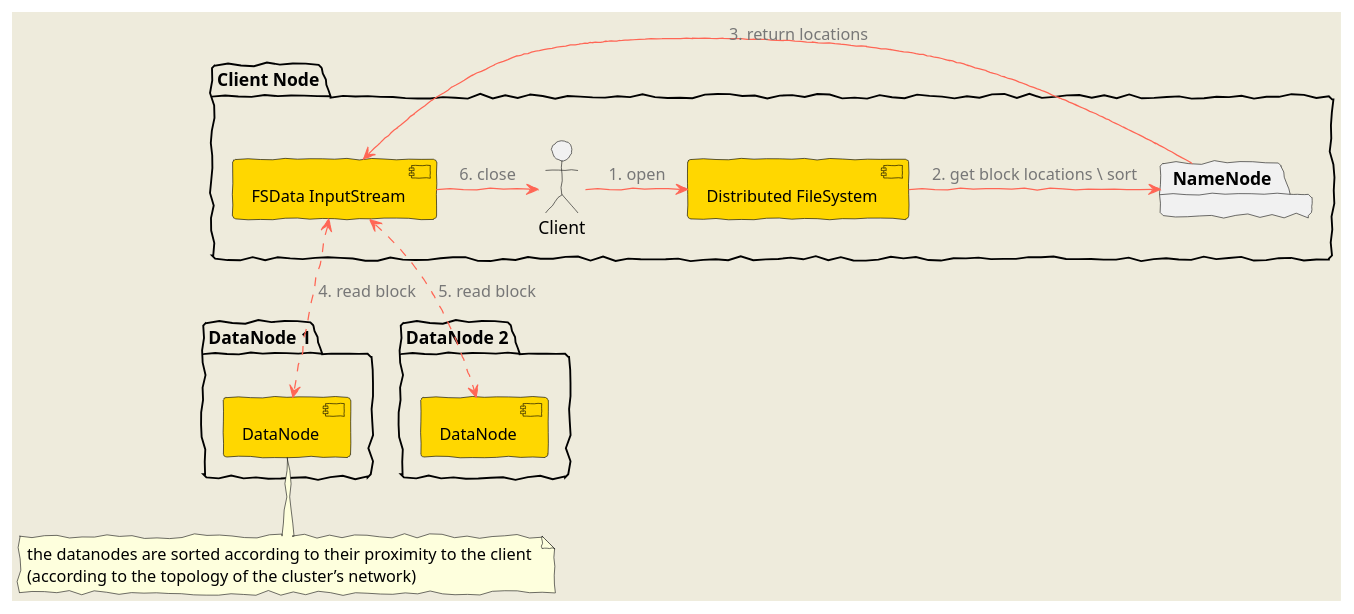
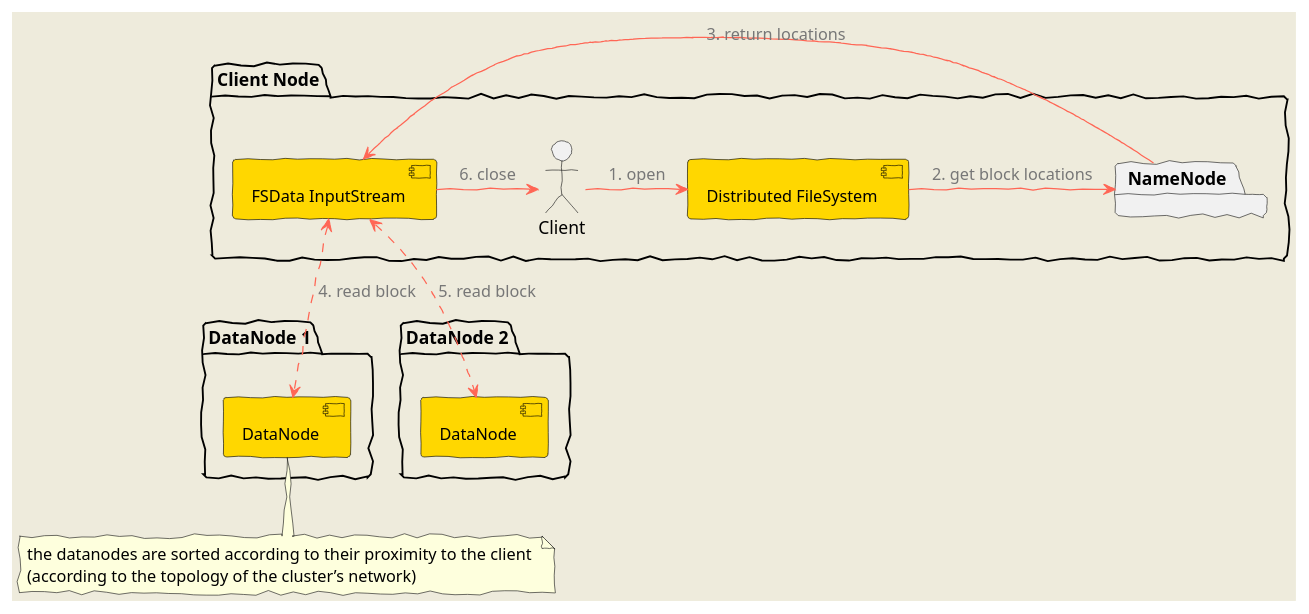
The first of 2 diagrams in org/technic-stack/hadoop/hdfs/knowledge-of-hdfs.org (coldvmoon/coldvmoon.github.io), drawn with PlantUML before and after one commit. The commit also changed other lines of this file and 2 other files, not shown here.

```diff
--- a/org/technic-stack/hadoop/hdfs/knowledge-of-hdfs.org
+++ b/org/technic-stack/hadoop/hdfs/knowledge-of-hdfs.org
@@ -2,42 +3,42 @@
-#+BEGIN_SRC plantuml :file hdfs-workflow-sequenceuml.png  :cmdline -charset UTF-8
+#+BEGIN_SRC plantuml :file hdfs-workflow-file-read.png  :cmdline -charset UTF-8
 skinparam backgroundColor #EEEBDC
 skinparam handwritten true
 skinparam interface {
   backgroundColor RosyBrown
   borderColor orange
 }
 
 skinparam component {
   FontSize 13
   BackgroundColor<<Apache>> Red
   BorderColor<<Apache>> #FF6655
   BorderColor black
   BackgroundColor gold
   ArrowColor  #FF6655
   ArrowFontColor #777777
 }
 
 
 package "Client Node" {
   actor Client
   Client -> [Distributed FileSystem]:1. open
   [NameNode] -> [FSData InputStream]:3. return locations
 }
 package "NameNode"{
-  [Distributed FileSystem] -> [NameNode]:2. get block locations \ sort
+  [Distributed FileSystem] -> [NameNode]:2. get block locations
 }
 package "DataNode 1" {
   component DataNode as D1
   [FSData InputStream] <..> D1:4. read block
 }
 note bottom
 the datanodes are sorted according to their proximity to the client 
 (according to the topology of the cluster’s network)
 end note
 package "DataNode 2" {
   component DataNode as D2 
   [FSData InputStream] <..> D2:5. read block 
 }
 [FSData InputStream] -> Client:6. close
 
 #+END_SRC
```
